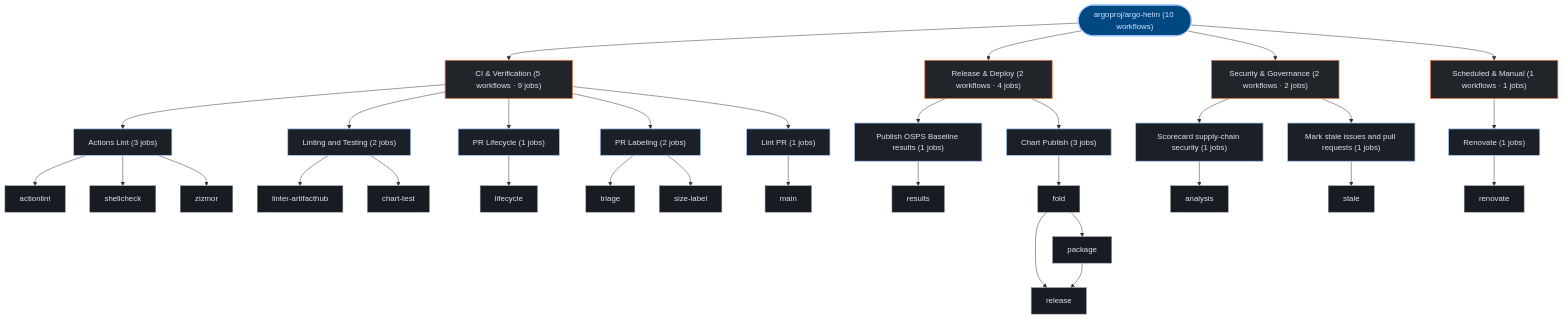
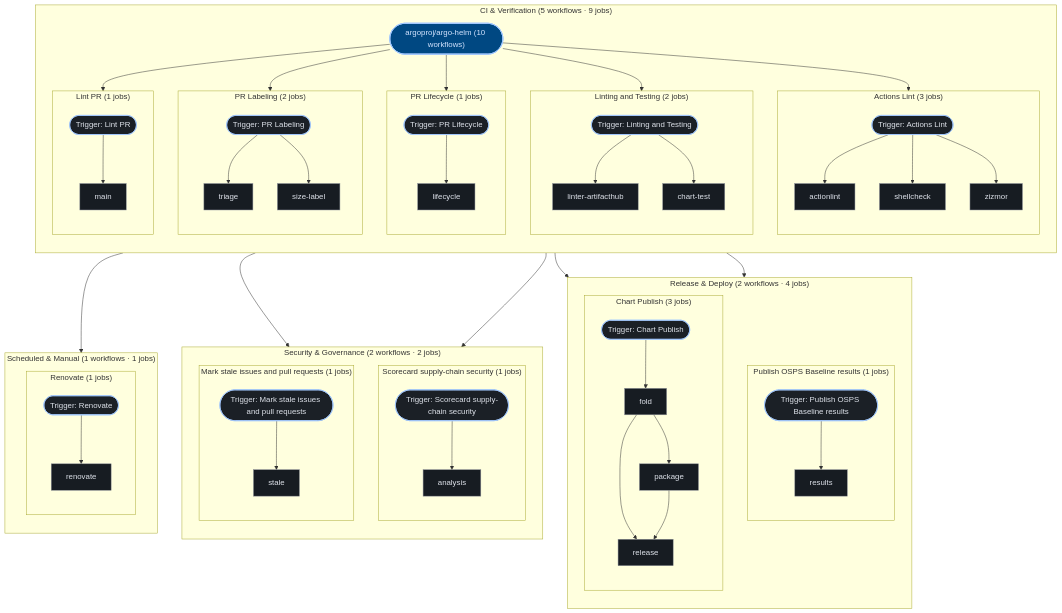
One commit to kumarshaz/atruss-code-atlas changed the third of 3 diagrams in exports/latest/reports/argoproj-argo-helm-report.md. Above: the diagram before and after it, drawn with Mermaid. The commit also changed 181 other files, not shown here.

Commit message:
fix(ui,exporter): align 6-D scorecard KPI 2x2 grid and organize CI/CD pipeline topology with subgraphs

````diff
--- a/exports/latest/reports/argoproj-argo-helm-report.md
+++ b/exports/latest/reports/argoproj-argo-helm-report.md
@@ -250,65 +250,99 @@
   classDef atlasAlert fill:#93000a,stroke:#ffb4ab,stroke-width:1.5px,color:#ffdad6
   classDef atlasMore fill:#252a31,stroke:#8d9199,stroke-dasharray:4 4,color:#c3c6cf
   pipeline_root(["argoproj/argo-helm (10 workflows)"]):::atlasRoot
-  grp_0_CI___Verification["CI & Verification (5 workflows · 9 jobs)"]:::atlasCategory
-  pipeline_root --> grp_0_CI___Verification
-  wf_0_Actions_Lint["Actions Lint (3 jobs)"]:::atlasWorkflow
-  grp_0_CI___Verification --> wf_0_Actions_Lint
-  job_0_actionlint["actionlint"]:::atlasJob
-  job_0_shellcheck["shellcheck"]:::atlasJob
-  job_0_zizmor["zizmor"]:::atlasJob
-  wf_0_Actions_Lint --> job_0_actionlint
-  wf_0_Actions_Lint --> job_0_shellcheck
-  wf_0_Actions_Lint --> job_0_zizmor
-  wf_1_Linting_and_Testing["Linting and Testing (2 jobs)"]:::atlasWorkflow
-  grp_0_CI___Verification --> wf_1_Linting_and_Testing
-  job_1_linter_artifacthub["linter-artifacthub"]:::atlasJob
-  job_1_chart_test["chart-test"]:::atlasJob
-  wf_1_Linting_and_Testing --> job_1_linter_artifacthub
-  wf_1_Linting_and_Testing --> job_1_chart_test
-  wf_2_PR_Lifecycle["PR Lifecycle (1 jobs)"]:::atlasWorkflow
-  grp_0_CI___Verification --> wf_2_PR_Lifecycle
-  job_2_lifecycle["lifecycle"]:::atlasJob
-  wf_2_PR_Lifecycle --> job_2_lifecycle
-  wf_3_PR_Labeling["PR Labeling (2 jobs)"]:::atlasWorkflow
-  grp_0_CI___Verification --> wf_3_PR_Labeling
-  job_3_triage["triage"]:::atlasJob
-  job_3_size_label["size-label"]:::atlasJob
-  wf_3_PR_Labeling --> job_3_triage
-  wf_3_PR_Labeling --> job_3_size_label
-  wf_4_Lint_PR["Lint PR (1 jobs)"]:::atlasWorkflow
-  grp_0_CI___Verification --> wf_4_Lint_PR
-  job_4_main["main"]:::atlasJob
-  wf_4_Lint_PR --> job_4_main
-  grp_1_Release___Deploy["Release & Deploy (2 workflows · 4 jobs)"]:::atlasCategory
-  pipeline_root --> grp_1_Release___Deploy
-  wf_5_Publish_OSPS_Baseline_results["Publish OSPS Baseline results (1 jobs)"]:::atlasWorkflow
-  grp_1_Release___Deploy --> wf_5_Publish_OSPS_Baseline_results
-  job_5_results["results"]:::atlasJob
-  wf_5_Publish_OSPS_Baseline_results --> job_5_results
-  wf_6_Chart_Publish["Chart Publish (3 jobs)"]:::atlasWorkflow
-  grp_1_Release___Deploy --> wf_6_Chart_Publish
-  job_6_fold["fold"]:::atlasJob
-  job_6_package["package"]:::atlasJob
-  job_6_release["release"]:::atlasJob
-  wf_6_Chart_Publish --> job_6_fold
-  job_6_fold --> job_6_package
-  job_6_fold --> job_6_release
-  job_6_package --> job_6_release
-  grp_2_Security___Governance["Security & Governance (2 workflows · 2 jobs)"]:::atlasCategory
-  pipeline_root --> grp_2_Security___Governance
-  wf_8_Scorecard_supply_chain_security["Scorecard supply-chain security (1 jobs)"]:::atlasWorkflow
-  grp_2_Security___Governance --> wf_8_Scorecard_supply_chain_security
-  job_8_analysis["analysis"]:::atlasJob
-  wf_8_Scorecard_supply_chain_security --> job_8_analysis
-  wf_9_Mark_stale_issues_and_pull_requests["Mark stale issues and pull requests (1 jobs)"]:::atlasWorkflow
-  grp_2_Security___Governance --> wf_9_Mark_stale_issues_and_pull_requests
-  job_9_stale["stale"]:::atlasJob
-  wf_9_Mark_stale_issues_and_pull_requests --> job_9_stale
-  grp_3_Scheduled___Manual["Scheduled & Manual (1 workflows · 1 jobs)"]:::atlasCategory
-  pipeline_root --> grp_3_Scheduled___Manual
-  wf_7_Renovate["Renovate (1 jobs)"]:::atlasWorkflow
-  grp_3_Scheduled___Manual --> wf_7_Renovate
-  job_7_renovate["renovate"]:::atlasJob
-  wf_7_Renovate --> job_7_renovate
+  subgraph sg_grp_0_CI___Verification["CI & Verification (5 workflows · 9 jobs)"]
+    direction TB
+    subgraph sg_wf_0_Actions_Lint["Actions Lint (3 jobs)"]
+      direction TB
+      wf_0_Actions_Lint(["Trigger: Actions Lint"]):::atlasWorkflow
+      job_0_actionlint["actionlint"]:::atlasJob
+      job_0_shellcheck["shellcheck"]:::atlasJob
+      job_0_zizmor["zizmor"]:::atlasJob
+      wf_0_Actions_Lint --> job_0_actionlint
+      wf_0_Actions_Lint --> job_0_shellcheck
+      wf_0_Actions_Lint --> job_0_zizmor
+    end
+    pipeline_root --> wf_0_Actions_Lint
+    subgraph sg_wf_1_Linting_and_Testing["Linting and Testing (2 jobs)"]
+      direction TB
+      wf_1_Linting_and_Testing(["Trigger: Linting and Testing"]):::atlasWorkflow
+      job_1_linter_artifacthub["linter-artifacthub"]:::atlasJob
+      job_1_chart_test["chart-test"]:::atlasJob
+      wf_1_Linting_and_Testing --> job_1_linter_artifacthub
+      wf_1_Linting_and_Testing --> job_1_chart_test
+    end
+    pipeline_root --> wf_1_Linting_and_Testing
+    subgraph sg_wf_2_PR_Lifecycle["PR Lifecycle (1 jobs)"]
+      direction TB
+      wf_2_PR_Lifecycle(["Trigger: PR Lifecycle"]):::atlasWorkflow
+      job_2_lifecycle["lifecycle"]:::atlasJob
+      wf_2_PR_Lifecycle --> job_2_lifecycle
+    end
+    pipeline_root --> wf_2_PR_Lifecycle
+    subgraph sg_wf_3_PR_Labeling["PR Labeling (2 jobs)"]
+      direction TB
+      wf_3_PR_Labeling(["Trigger: PR Labeling"]):::atlasWorkflow
+      job_3_triage["triage"]:::atlasJob
+      job_3_size_label["size-label"]:::atlasJob
+      wf_3_PR_Labeling --> job_3_triage
+      wf_3_PR_Labeling --> job_3_size_label
+    end
+    pipeline_root --> wf_3_PR_Labeling
+    subgraph sg_wf_4_Lint_PR["Lint PR (1 jobs)"]
+      direction TB
+      wf_4_Lint_PR(["Trigger: Lint PR"]):::atlasWorkflow
+      job_4_main["main"]:::atlasJob
+      wf_4_Lint_PR --> job_4_main
+    end
+    pipeline_root --> wf_4_Lint_PR
+  end
+  subgraph sg_grp_1_Release___Deploy["Release & Deploy (2 workflows · 4 jobs)"]
+    direction TB
+    subgraph sg_wf_5_Publish_OSPS_Baseline_results["Publish OSPS Baseline results (1 jobs)"]
+      direction TB
+      wf_5_Publish_OSPS_Baseline_results(["Trigger: Publish OSPS Baseline results"]):::atlasWorkflow
+      job_5_results["results"]:::atlasJob
+      wf_5_Publish_OSPS_Baseline_results --> job_5_results
+    end
+    pipeline_root --> wf_5_Publish_OSPS_Baseline_results
+    subgraph sg_wf_6_Chart_Publish["Chart Publish (3 jobs)"]
+      direction TB
+      wf_6_Chart_Publish(["Trigger: Chart Publish"]):::atlasWorkflow
+      job_6_fold["fold"]:::atlasJob
+      job_6_package["package"]:::atlasJob
+      job_6_release["release"]:::atlasJob
+      wf_6_Chart_Publish --> job_6_fold
+      job_6_fold --> job_6_package
+      job_6_fold --> job_6_release
+      job_6_package --> job_6_release
+    end
+    pipeline_root --> wf_6_Chart_Publish
+  end
+  subgraph sg_grp_2_Security___Governance["Security & Governance (2 workflows · 2 jobs)"]
+    direction TB
+    subgraph sg_wf_8_Scorecard_supply_chain_security["Scorecard supply-chain security (1 jobs)"]
+      direction TB
+      wf_8_Scorecard_supply_chain_security(["Trigger: Scorecard supply-chain security"]):::atlasWorkflow
+      job_8_analysis["analysis"]:::atlasJob
+      wf_8_Scorecard_supply_chain_security --> job_8_analysis
+    end
+    pipeline_root --> wf_8_Scorecard_supply_chain_security
+    subgraph sg_wf_9_Mark_stale_issues_and_pull_requests["Mark stale issues and pull requests (1 jobs)"]
+      direction TB
+      wf_9_Mark_stale_issues_and_pull_requests(["Trigger: Mark stale issues and pull requests"]):::atlasWorkflow
+      job_9_stale["stale"]:::atlasJob
+      wf_9_Mark_stale_issues_and_pull_requests --> job_9_stale
+    end
+    pipeline_root --> wf_9_Mark_stale_issues_and_pull_requests
+  end
+  subgraph sg_grp_3_Scheduled___Manual["Scheduled & Manual (1 workflows · 1 jobs)"]
+    direction TB
+    subgraph sg_wf_7_Renovate["Renovate (1 jobs)"]
+      direction TB
+      wf_7_Renovate(["Trigger: Renovate"]):::atlasWorkflow
+      job_7_renovate["renovate"]:::atlasJob
+      wf_7_Renovate --> job_7_renovate
+    end
+    pipeline_root --> wf_7_Renovate
+  end
 ```
````
